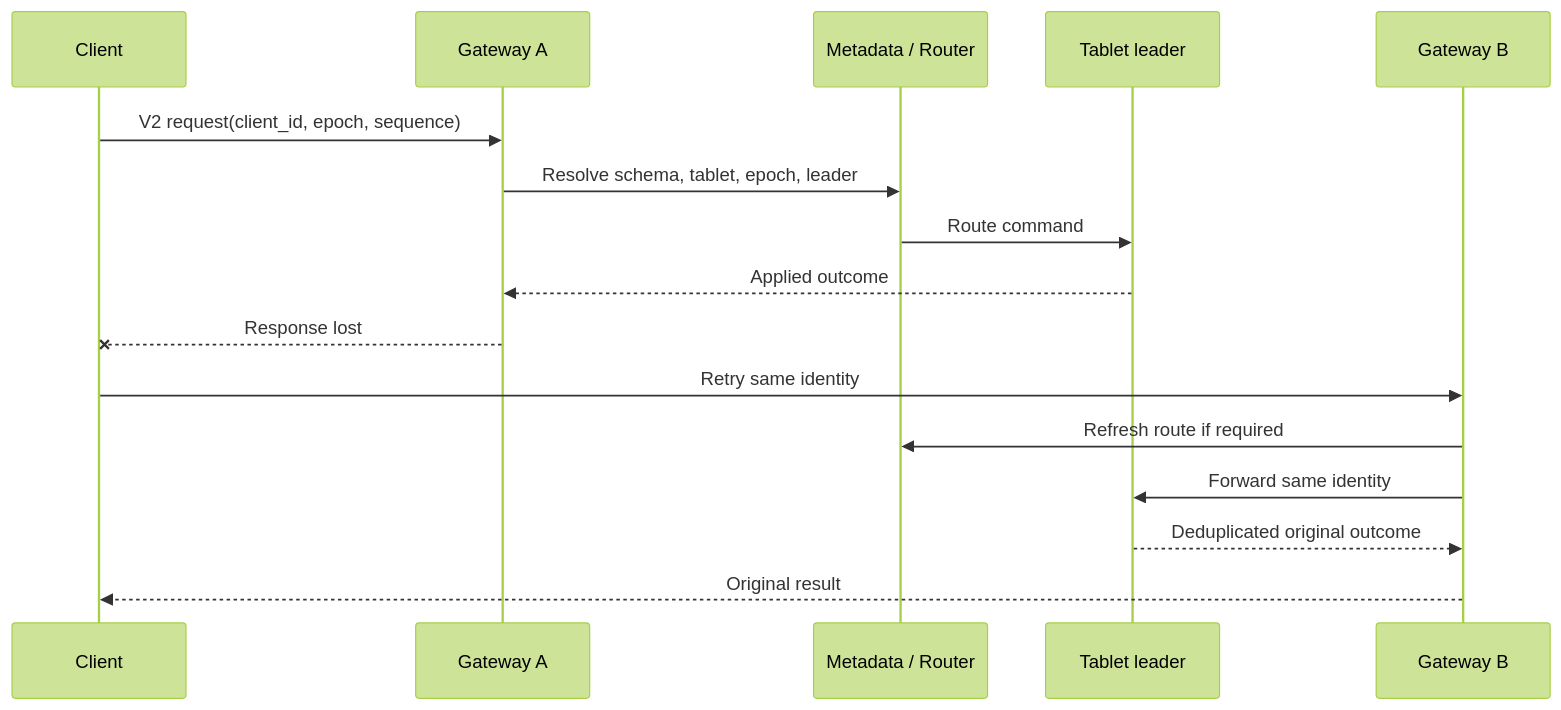
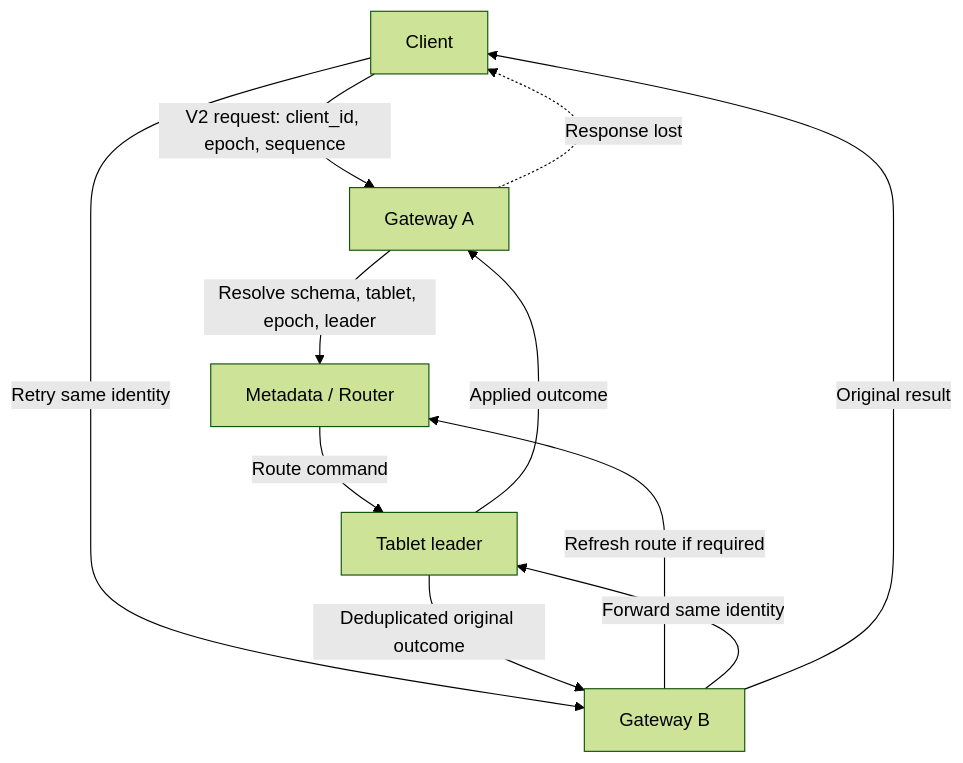
Before and after one commit to Aditya-1304/ragnordb: the sixth of 8 diagrams in README.md, drawn with Mermaid (forest theme). The commit also changed other lines of this file, not shown here.

Commit message:
fixed the mermaid issues in the readme

````diff
--- a/README.md
+++ b/README.md
@@ -1536,19 +1536,13 @@
 ```mermaid
-sequenceDiagram
-    participant C as Client
-    participant G1 as Gateway A
-    participant M as Metadata / Router
-    participant L as Tablet leader
-    participant G2 as Gateway B
-
-    C->>G1: V2 request(client_id, epoch, sequence)
-    G1->>M: Resolve schema, tablet, epoch, leader
-    M->>L: Route command
-    L-->>G1: Applied outcome
-    G1--xC: Response lost
-    C->>G2: Retry same identity
-    G2->>M: Refresh route if required
-    G2->>L: Forward same identity
-    L-->>G2: Deduplicated original outcome
-    G2-->>C: Original result
+flowchart TD
+    C["Client"] -->|"V2 request: client_id, epoch, sequence"| G1["Gateway A"]
+    G1 -->|"Resolve schema, tablet, epoch, leader"| M["Metadata / Router"]
+    M -->|"Route command"| L["Tablet leader"]
+    L -->|"Applied outcome"| G1
+    G1 -.->|"Response lost"| C
+    C -->|"Retry same identity"| G2["Gateway B"]
+    G2 -->|"Refresh route if required"| M
+    G2 -->|"Forward same identity"| L
+    L -->|"Deduplicated original outcome"| G2
+    G2 -->|"Original result"| C
 ```
````
